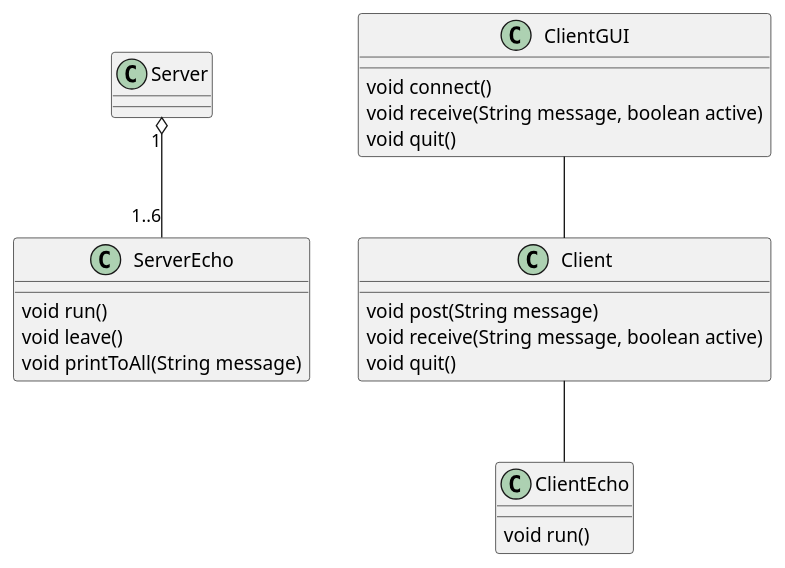
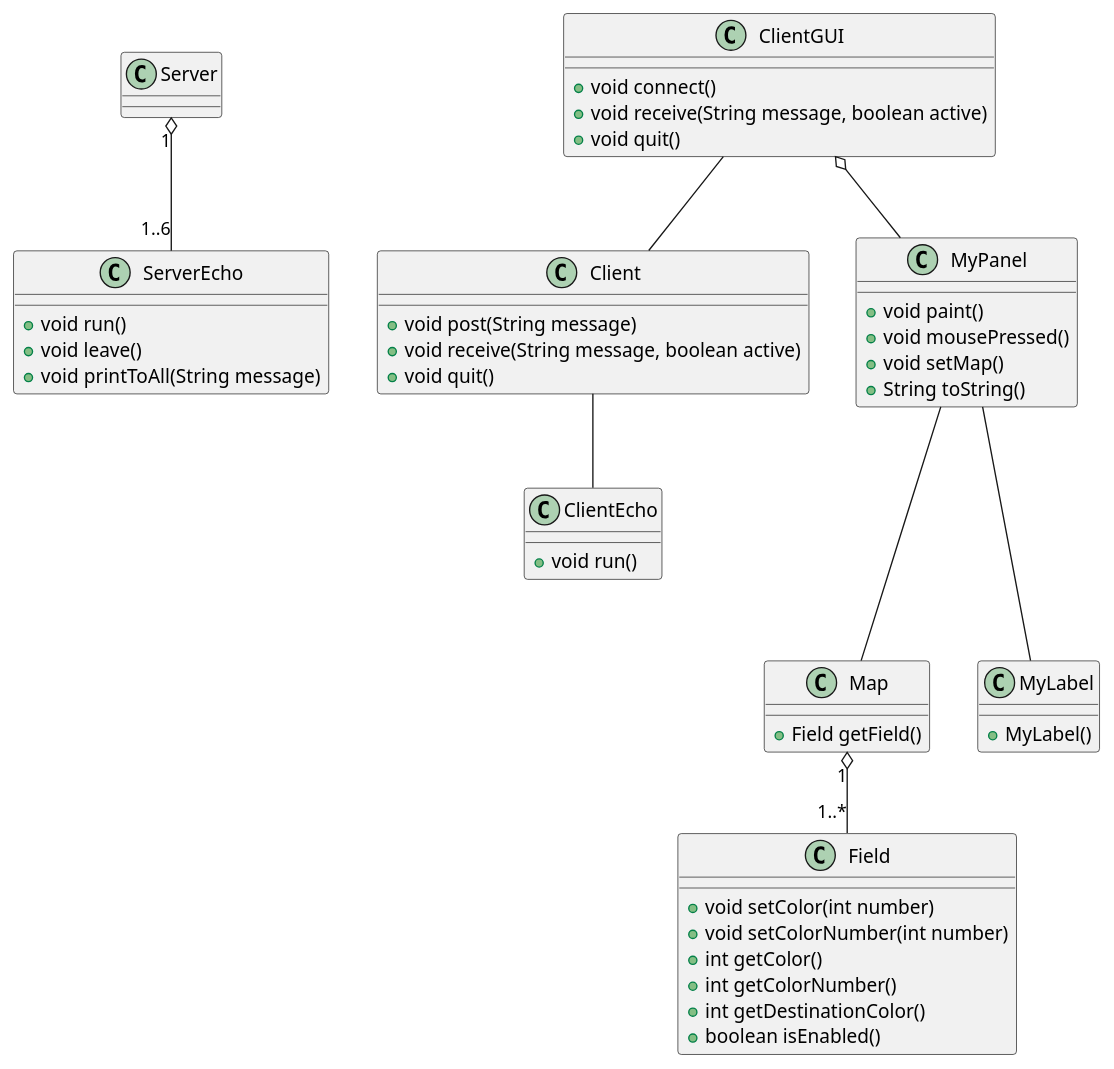
One commit to jakgrz/Sternhalma changed the diagram in src/ClassDiagram.puml. Above: the diagram before and after it, drawn with PlantUML. The commit also changed 2 other files, not shown here.

```diff
--- a/src/ClassDiagram.puml
+++ b/src/ClassDiagram.puml
@@ -1,36 +1,64 @@
 @startuml
 'https://plantuml.com/class-diagram
 
 class Server
 class ServerEcho
 class Client
 class ClientEcho
 class ClientGUI
 
 Server "1" o-- "1..6" ServerEcho
 ClientGUI -- Client
 Client -- ClientEcho
+ClientGUI o-- MyPanel
+Map "1" o-- "1..*" Field
+MyPanel --- Map
+MyPanel --- MyLabel
 
 class ServerEcho {
-void run()
-void leave()
-void printToAll(String message)
++void run()
++void leave()
++void printToAll(String message)
 }
 
 class Client {
-void post(String message)
-void receive(String message, boolean active)
-void quit()
++void post(String message)
++void receive(String message, boolean active)
++void quit()
 }
 
 class ClientEcho {
-void run()
++void run()
 }
 
 class ClientGUI {
-void connect()
-void receive(String message, boolean active)
-void quit()
++void connect()
++void receive(String message, boolean active)
++void quit()
+}
+
+class Field {
++void setColor(int number)
++void setColorNumber(int number)
++int getColor()
++int getColorNumber()
++int getDestinationColor()
++boolean isEnabled()
+}
+
+class Map {
++Field getField()
+}
+
+class MyLabel {
++MyLabel()
+}
+
+class MyPanel {
++void paint()
++void mousePressed()
++void setMap()
++ String toString()
 }
 
 @enduml
```
